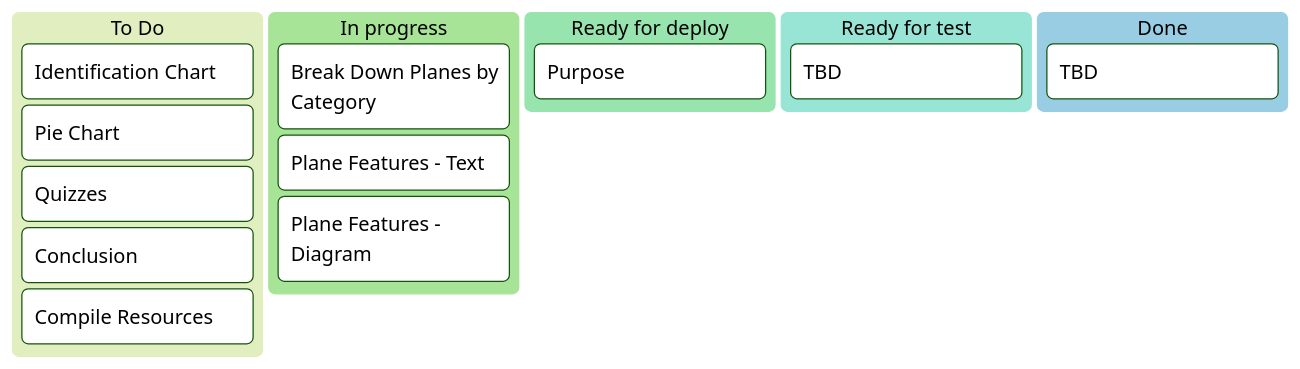
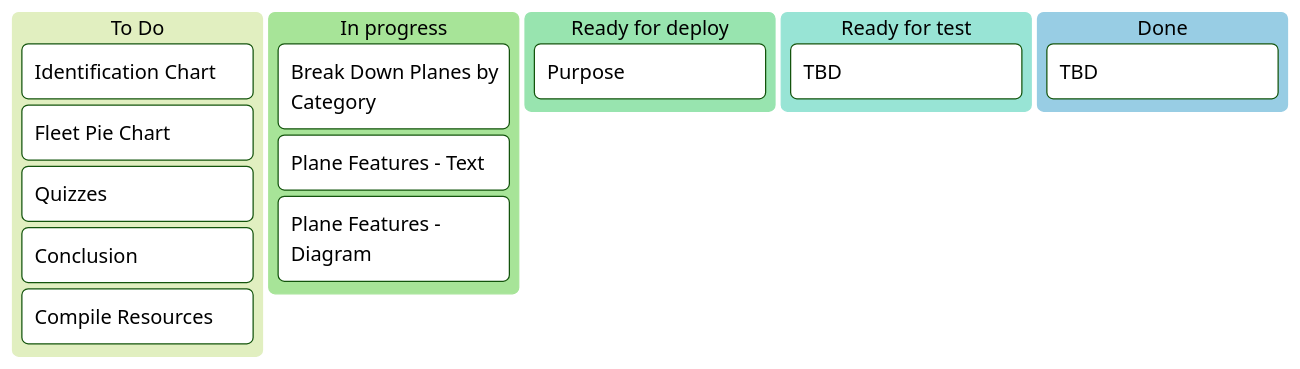
One commit to Bailey-Wu/Bailey-Wu changed the first of 3 diagrams in Dashboard.md. Above: the diagram before and after it, drawn with Mermaid (forest theme).

````diff
--- a/Dashboard.md
+++ b/Dashboard.md
@@ -8,19 +8,19 @@
 ```mermaid
 kanban
   [To Do]
     [Identification Chart]
-    [Pie Chart]
+    [Fleet Pie Chart]
     [Quizzes]
     [Conclusion]
     [Compile Resources]
   [In progress]
     [Break Down Planes by Category]
     [Plane Features - Text]
     [Plane Features - Diagram]
   [Ready for deploy]
     [Purpose]
   [Ready for test]
     [TBD]
   [Done]
     [TBD]
 ```
````
